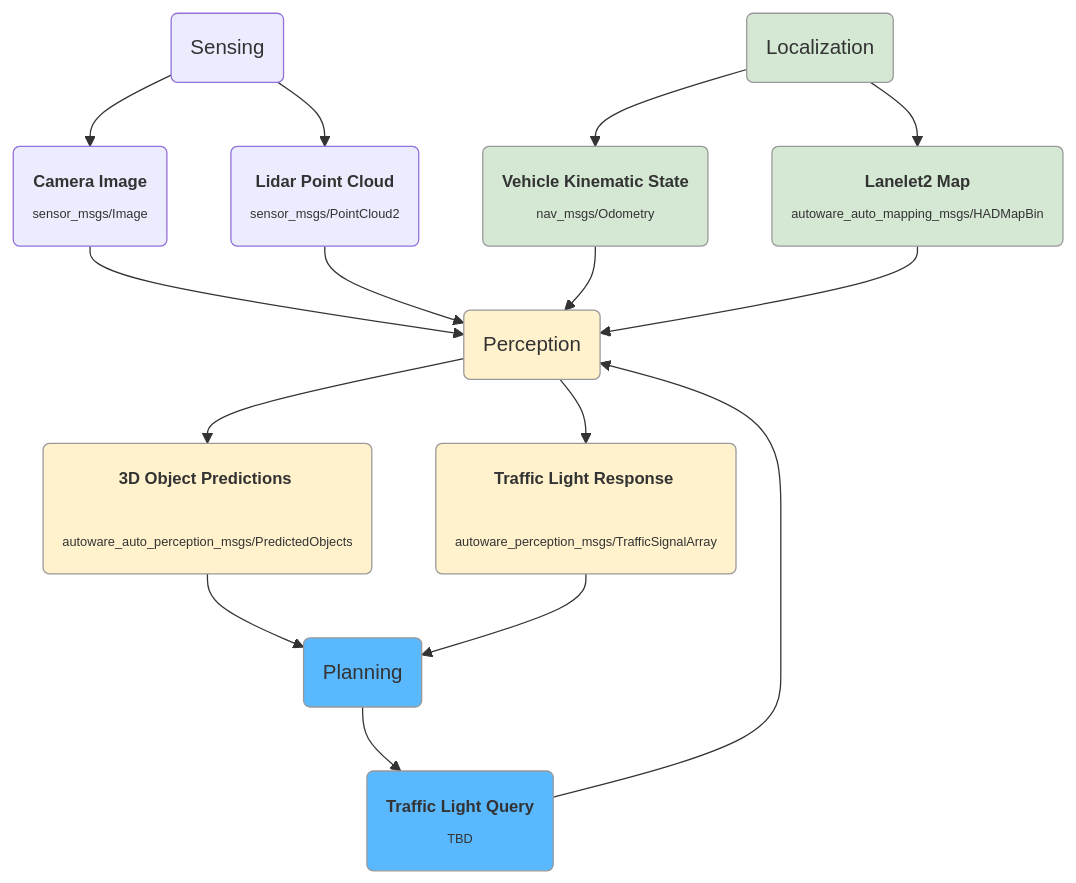
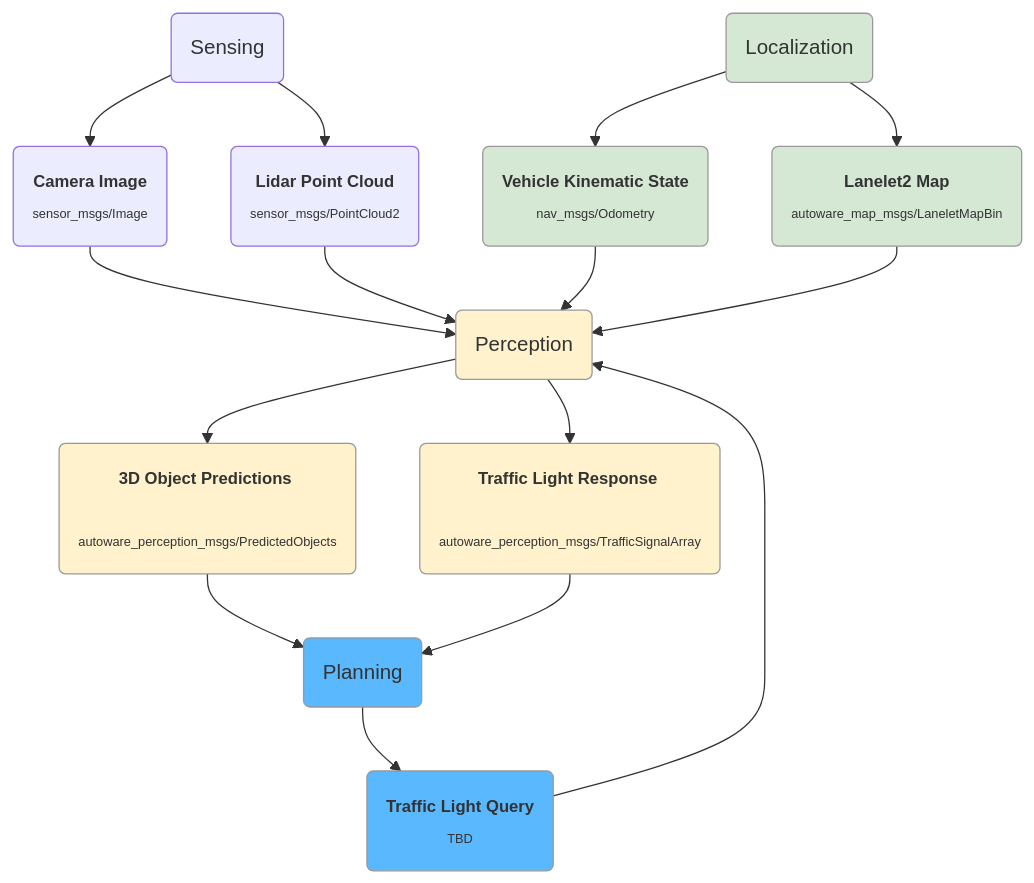
The diagram in docs/design/autoware-interfaces/components/perception-interface.md (autowarefoundation/autoware-documentation), drawn with Mermaid before and after one commit. The commit also changed other lines of this file and 12 other files, not shown here.

Commit message:
docs: replace autoware_auto_msgs with autoware_msgs in autoware-interfaces page (#626)

````diff
--- a/docs/design/autoware-interfaces/components/perception-interface.md
+++ b/docs/design/autoware-interfaces/components/perception-interface.md
@@ -3,43 +3,43 @@
 ```mermaid
 graph TD
     cmp_sen("Sensing"):::cls_sen
     cmp_loc("Localization"):::cls_loc
     cmp_per("Perception"):::cls_per
     cmp_plan("Planning"):::cls_plan
 
     msg_img("<font size=2><b>Camera Image</b></font size>
     <font size=1>sensor_msgs/Image</font size>"):::cls_sen
 
     msg_ldr("<font size=2><b>Lidar Point Cloud</b></font size>
     <font size=1>sensor_msgs/PointCloud2</font size>"):::cls_sen
 
     msg_lanenet("<font size=2><b>Lanelet2 Map</b></font size>
-    <font size=1>autoware_auto_mapping_msgs/HADMapBin</font size>"):::cls_loc
+    <font size=1>autoware_map_msgs/LaneletMapBin</font size>"):::cls_loc
 
     msg_vks("<font size=2><b>Vehicle Kinematic State</b></font size>
     <font size=1>nav_msgs/Odometry</font size>"):::cls_loc
 
     msg_obj("<font size=2><b>3D Object Predictions </b></font size>
-    <font size=1>autoware_auto_perception_msgs/PredictedObjects</font size>"):::cls_per
+    <font size=1>autoware_perception_msgs/PredictedObjects</font size>"):::cls_per
 
     msg_tl("<font size=2><b>Traffic Light Response </b></font size>
     <font size=1>autoware_perception_msgs/TrafficSignalArray</font size>"):::cls_per
 
     msg_tq("<font size=2><b>Traffic Light Query </b></font size>
     <font size=1>TBD</font size>"):::cls_plan
 
 
     cmp_sen --> msg_img --> cmp_per
     cmp_sen --> msg_ldr --> cmp_per
     cmp_per --> msg_obj --> cmp_plan
     cmp_per --> msg_tl --> cmp_plan
     cmp_plan --> msg_tq -->cmp_per
 
     cmp_loc --> msg_vks --> cmp_per
     cmp_loc --> msg_lanenet --> cmp_per
 
 classDef cmp_sen fill:#F8CECC,stroke:#999,stroke-width:1px;
 classDef cls_loc fill:#D5E8D4,stroke:#999,stroke-width:1px;
 classDef cls_per fill:#FFF2CC,stroke:#999,stroke-width:1px;
 classDef cls_plan fill:#5AB8FF,stroke:#999,stroke-width:1px;
 ```
````
